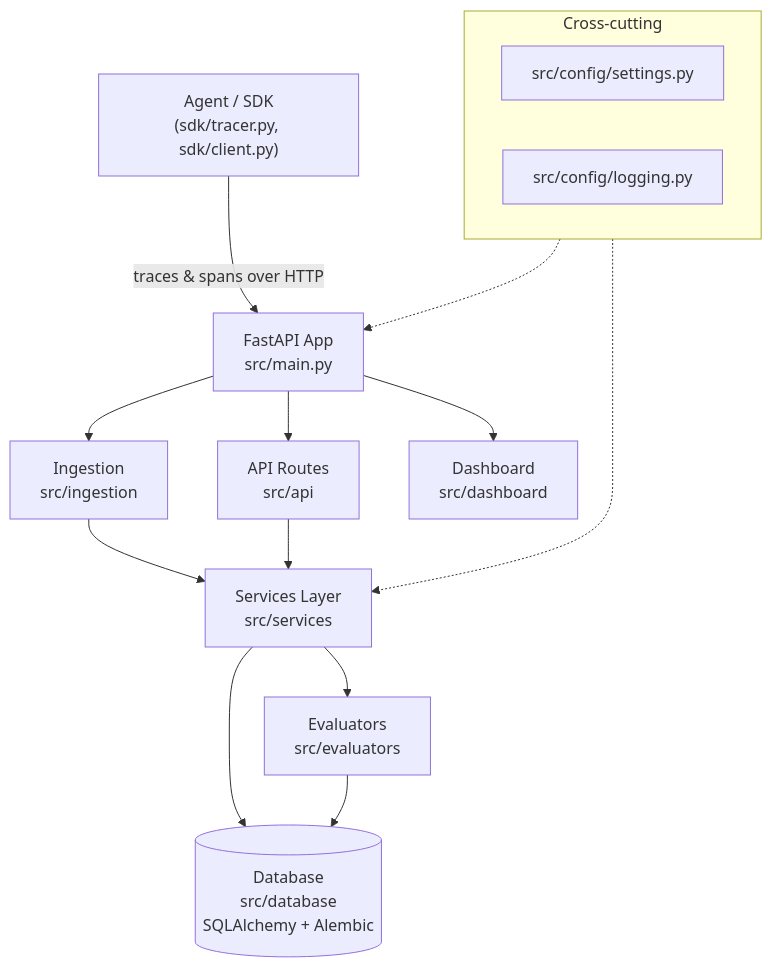
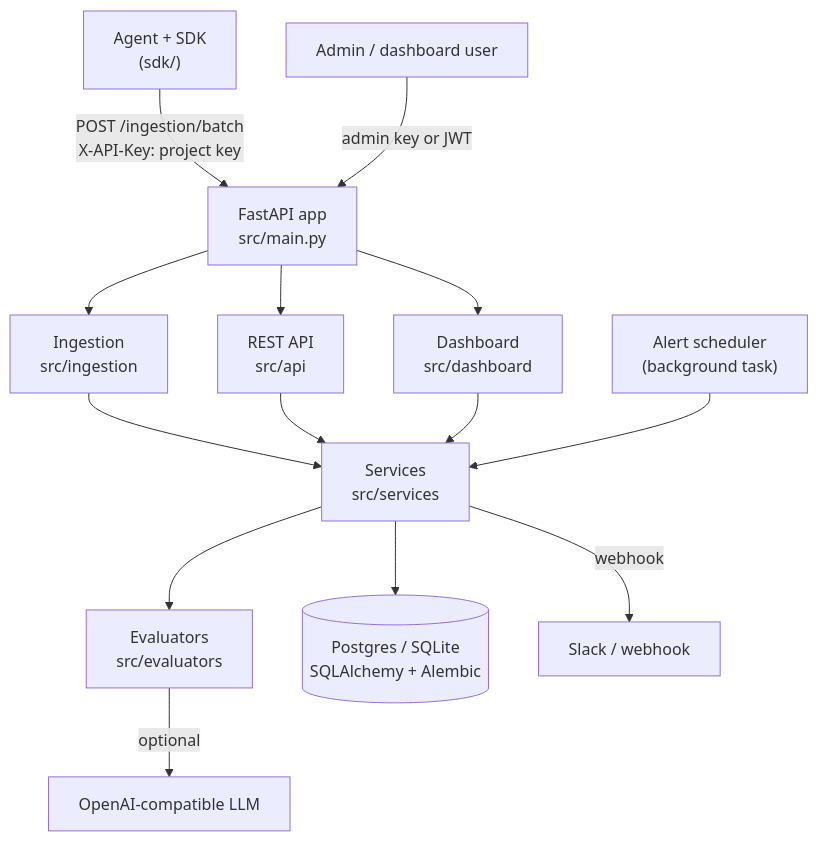
One commit to MohammadaminAlbooyeh/agent-observability-service changed the diagram in README.md. Above: the diagram before and after it, drawn with Mermaid. The commit also changed other lines of this file and 62 other files, not shown here.

````diff
--- a/README.md
+++ b/README.md
@@ -7,24 +9,19 @@
 ```mermaid
 flowchart TD
-    SDK["Agent / SDK\n(sdk/tracer.py, sdk/client.py)"] -->|traces & spans over HTTP| API[FastAPI App\nsrc/main.py]
+    SDK["Agent + SDK\n(sdk/)"] -->|"POST /ingestion/batch\nX-API-Key: project key"| API[FastAPI app\nsrc/main.py]
+    Admin["Admin / dashboard user"] -->|"admin key or JWT"| API
 
     API --> Ingestion[Ingestion\nsrc/ingestion]
-    API --> Routes[API Routes\nsrc/api]
+    API --> Routes[REST API\nsrc/api]
     API --> Dashboard[Dashboard\nsrc/dashboard]
 
-    Ingestion --> Services[Services Layer\nsrc/services]
+    Ingestion --> Services[Services\nsrc/services]
     Routes --> Services
+    Dashboard --> Services
+    Scheduler["Alert scheduler\n(background task)"] --> Services
 
     Services --> Evaluators[Evaluators\nsrc/evaluators]
-    Services --> DB[(Database\nsrc/database\nSQLAlchemy + Alembic)]
-
-    Evaluators --> DB
-
-    subgraph Config["Cross-cutting"]
-        Settings[src/config/settings.py]
-        Logging[src/config/logging.py]
-    end
-
-    Config -.-> API
-    Config -.-> Services
+    Services --> DB[(Postgres / SQLite\nSQLAlchemy + Alembic)]
+    Services -->|webhook| Notify[Slack / webhook]
+    Evaluators -->|optional| LLM[OpenAI-compatible LLM]
 ```
````
